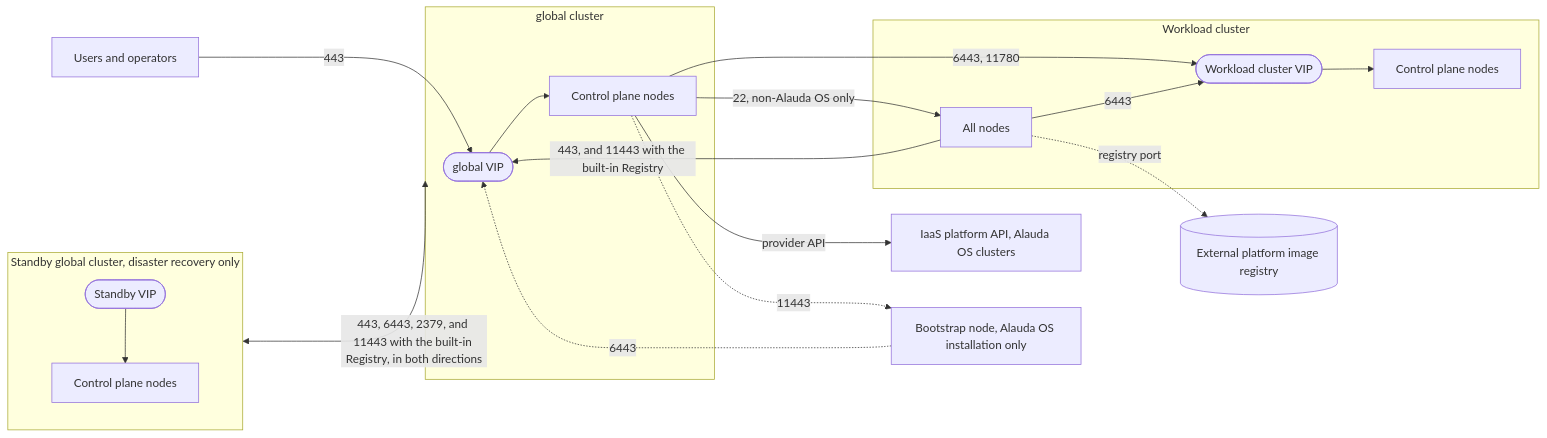
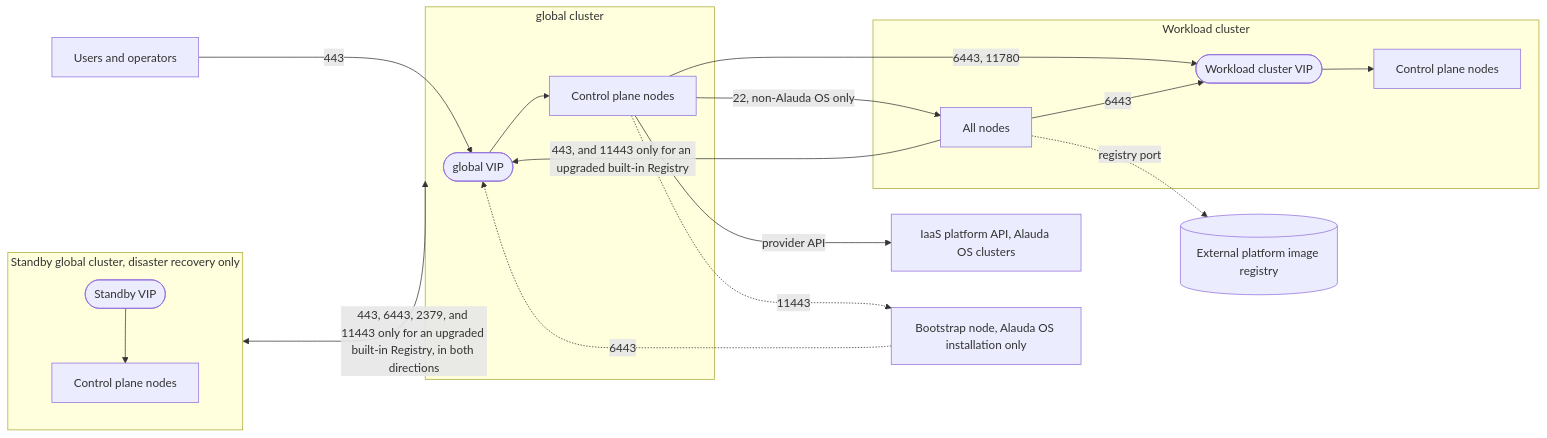
The diagram in docs/en/install/prepare/communication_matrix.mdx (alauda/acp-docs), drawn with Mermaid before and after one commit. The commit also changed other lines of this file and 19 other files, not shown here.

````diff
--- a/docs/en/install/prepare/communication_matrix.mdx
+++ b/docs/en/install/prepare/communication_matrix.mdx
@@ -47,28 +47,28 @@
 ```mermaid
 flowchart LR
     users["Users and operators"]
     subgraph primary["global cluster"]
         gvip(["global VIP"]) --> gcp["Control plane nodes"]
     end
     subgraph standby["Standby global cluster, disaster recovery only"]
         svip(["Standby VIP"]) --> scp["Control plane nodes"]
     end
     subgraph workload["Workload cluster"]
         wvip(["Workload cluster VIP"]) --> wcp["Control plane nodes"]
         wnodes["All nodes"]
     end
     extreg[("External platform image registry")]
     iaas["IaaS platform API, Alauda OS clusters"]
     boot["Bootstrap node, Alauda OS installation only"]
 
     users -->|"443"| gvip
     gcp -->|"6443, 11780"| wvip
     gcp -->|"22, non-Alauda OS only"| wnodes
-    wnodes -->|"443, and 11443 with the built-in Registry"| gvip
+    wnodes -->|"443, and 11443 only for an upgraded built-in Registry"| gvip
     wnodes -->|"6443"| wvip
-    standby <-->|"443, 6443, 2379, and 11443 with the built-in Registry, in both directions"| primary
+    standby <-->|"443, 6443, 2379, and 11443 only for an upgraded built-in Registry, in both directions"| primary
     gcp -->|"provider API"| iaas
     wnodes -.->|"registry port"| extreg
     boot -.->|"6443"| gvip
     gcp -.->|"11443"| boot
 ```
````
